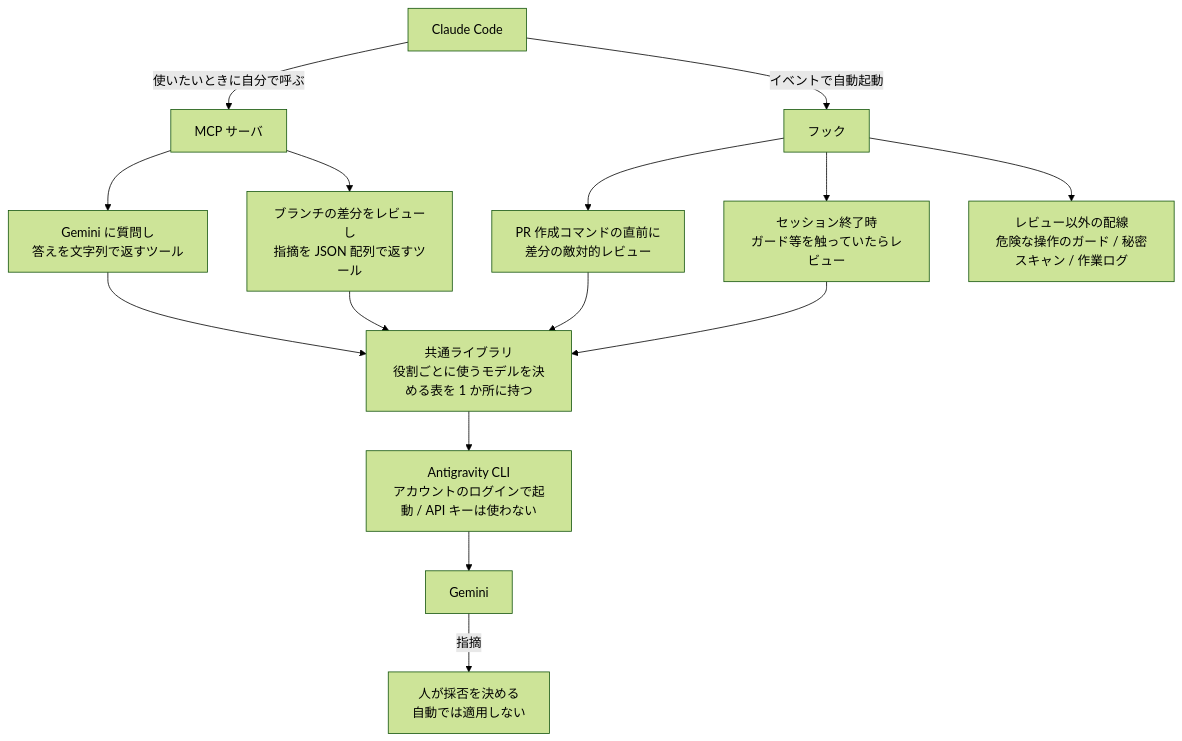
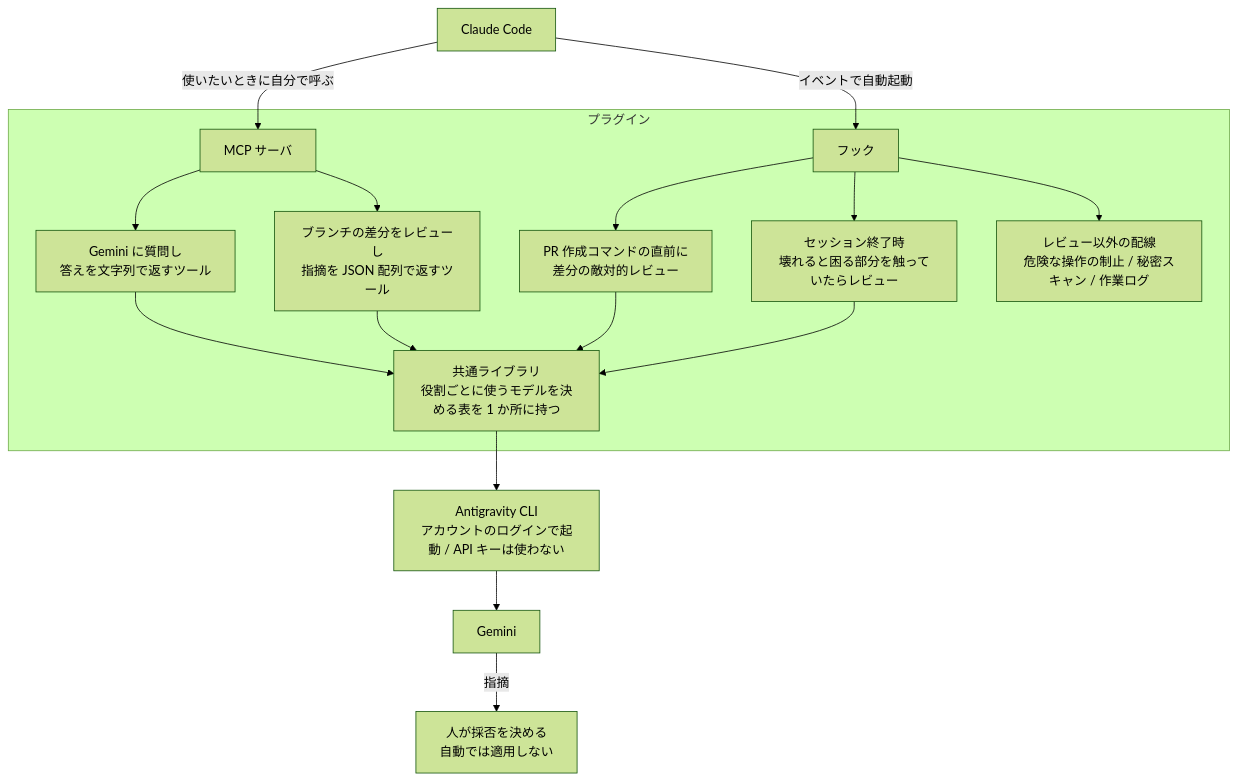
Before and after one commit to keisato848/zenn-content: the diagram in articles/token-cost-rework.md, drawn with Mermaid (forest theme). The commit also changed other lines of this file, not shown here.

````diff
--- a/articles/token-cost-rework.md
+++ b/articles/token-cost-rework.md
@@ -23,19 +23,28 @@
 ```mermaid
 flowchart TD
     A[Claude Code]
-    A -->|使いたいときに自分で呼ぶ| M[MCP サーバ]
-    M --> M1[Gemini に質問し<br/>答えを文字列で返すツール]
-    M --> M2[ブランチの差分をレビューし<br/>指摘を JSON 配列で返すツール]
-    A -->|イベントで自動起動| H[フック]
-    H --> H1[PR 作成コマンドの直前に<br/>差分の敵対的レビュー]
-    H --> H2[セッション終了時<br/>ガード等を触っていたらレビュー]
-    H --> H3[レビュー以外の配線<br/>危険な操作のガード / 秘密スキャン / 作業ログ]
+    subgraph PLG[プラグイン]
+        M[MCP サーバ]
+        M1[Gemini に質問し<br/>答えを文字列で返すツール]
+        M2[ブランチの差分をレビューし<br/>指摘を JSON 配列で返すツール]
+        H[フック]
+        H1[PR 作成コマンドの直前に<br/>差分の敵対的レビュー]
+        H2[セッション終了時<br/>壊れると困る部分を触っていたらレビュー]
+        H3[レビュー以外の配線<br/>危険な操作の制止 / 秘密スキャン / 作業ログ]
+        L[共通ライブラリ<br/>役割ごとに使うモデルを決める表を 1 か所に持つ]
+    end
+    A -->|使いたいときに自分で呼ぶ| M
+    A -->|イベントで自動起動| H
+    M --> M1
+    M --> M2
+    H --> H1
+    H --> H2
+    H --> H3
     M1 --> L
     M2 --> L
     H1 --> L
     H2 --> L
-    L[共通ライブラリ<br/>役割ごとに使うモデルを決める表を 1 か所に持つ]
     L --> C[Antigravity CLI<br/>アカウントのログインで起動 / API キーは使わない]
     C --> V[Gemini]
     V -->|指摘| P[人が採否を決める<br/>自動では適用しない]
 ```
````
